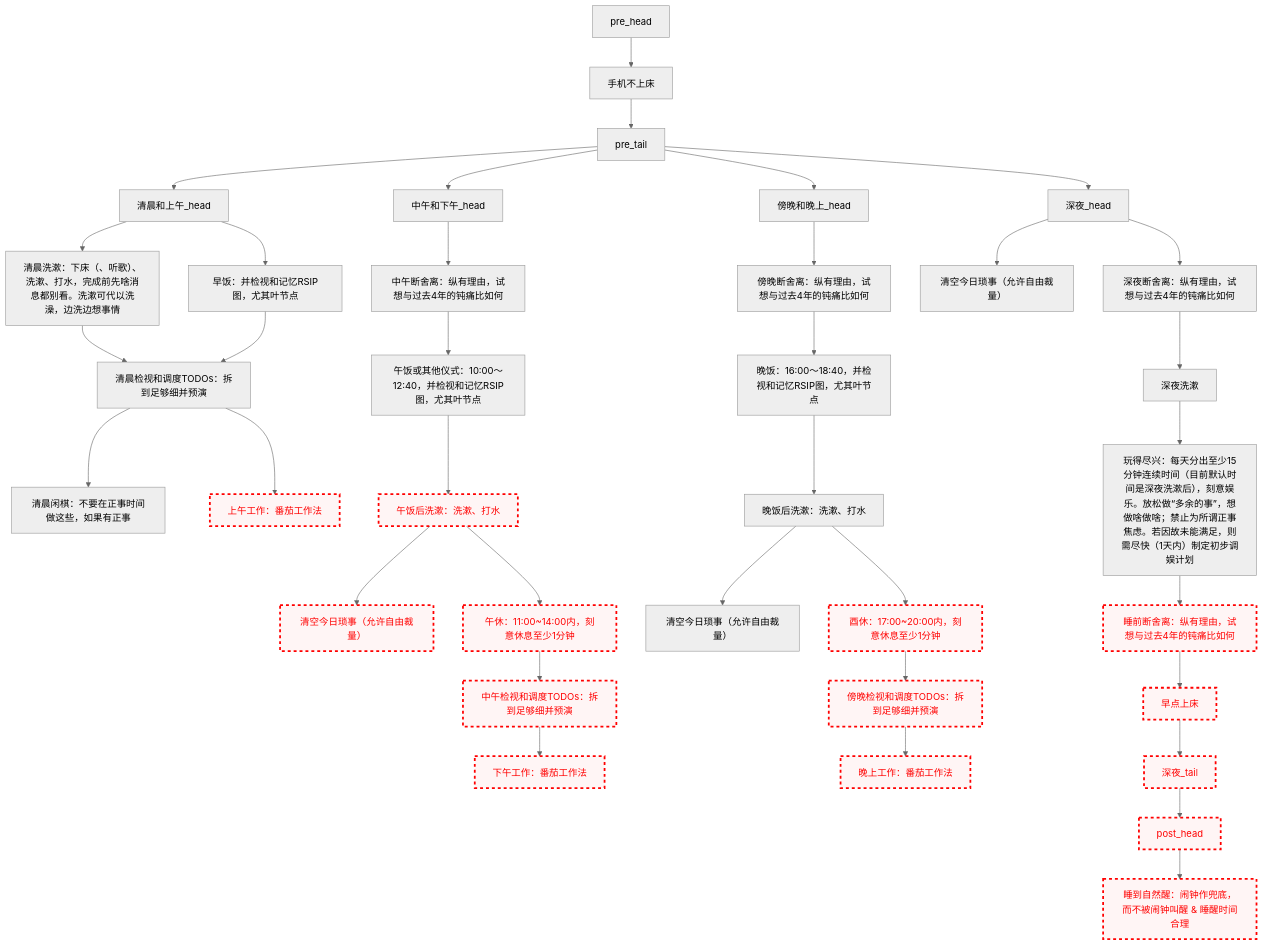
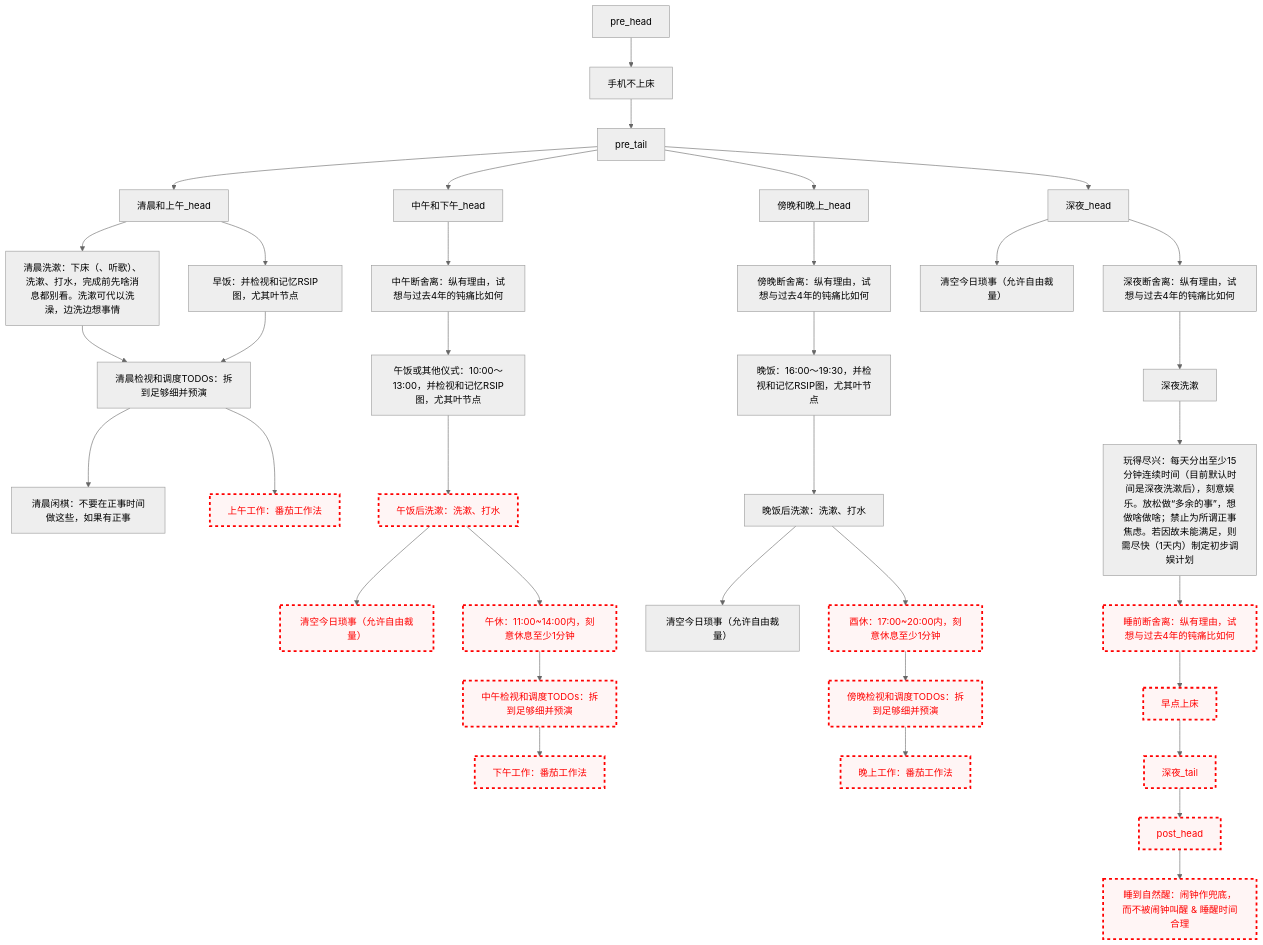
The diagram in README.md (Ethkuil/RSIP-tree), drawn with Mermaid (neutral theme) before and after one commit.

Commit message:
放宽饭点限制

````diff
--- a/README.md
+++ b/README.md
@@ -21,62 +21,62 @@
 ```mermaid
 graph TD
 
 classDef failed stroke:#ff0000, stroke-width:3px, color:#ff0000, fill:#fff5f5, stroke-dasharray: 5
 
 pre_head --> 手机不上床
 手机不上床 --> pre_tail
 
 
 pre_tail --> 清晨和上午_head
 清晨和上午_head --> 清晨洗漱[清晨洗漱：下床（、听歌）、洗漱、打水，完成前先啥消息都别看。洗漱可代以洗澡，边洗边想事情]
 清晨和上午_head --> 早饭[早饭：并检视和记忆RSIP图，尤其叶节点]
 清晨洗漱 --> 清晨看TODO[清晨检视和调度TODOs：拆到足够细并预演]
 早饭 --> 清晨看TODO
 清晨看TODO --> 清晨闲棋[清晨闲棋：不要在正事时间做这些，如果有正事]
 清晨看TODO --> 上午工作[上午工作：番茄工作法]
 class 上午工作 failed
 
 pre_tail --> 中午和下午_head
 中午和下午_head --> 中午断舍离[中午断舍离：纵有理由，试想与过去4年的钝痛比如何]
-中午断舍离 --> 午饭[午饭或其他仪式：10:00～12:40，并检视和记忆RSIP图，尤其叶节点]
+中午断舍离 --> 午饭[午饭或其他仪式：10:00～13:00，并检视和记忆RSIP图，尤其叶节点]
 午饭 --> 午饭后洗漱[午饭后洗漱：洗漱、打水]
 class 午饭后洗漱 failed
 午饭后洗漱 --> 中午今日琐事[清空今日琐事（允许自由裁量）]
 class 中午今日琐事 failed
 午饭后洗漱 --> 午休[午休：11:00~14:00内，刻意休息至少1分钟]
 class 午休 failed
 午休 --> 中午看TODO[中午检视和调度TODOs：拆到足够细并预演]
 class 中午看TODO failed
 中午看TODO --> 下午工作[下午工作：番茄工作法]
 class 下午工作 failed
 
 pre_tail --> 傍晚和晚上_head
 傍晚和晚上_head --> 傍晚断舍离[傍晚断舍离：纵有理由，试想与过去4年的钝痛比如何]
-傍晚断舍离 --> 晚饭[晚饭：16:00～18:40，并检视和记忆RSIP图，尤其叶节点]
+傍晚断舍离 --> 晚饭[晚饭：16:00～19:30，并检视和记忆RSIP图，尤其叶节点]
 晚饭 --> 晚饭后洗漱[晚饭后洗漱：洗漱、打水]
 晚饭后洗漱 --> 傍晚今日琐事[清空今日琐事（允许自由裁量）]
 晚饭后洗漱 --> 酉休[酉休：17:00~20:00内，刻意休息至少1分钟]
 class 酉休 failed
 酉休 --> 傍晚看TODO[傍晚检视和调度TODOs：拆到足够细并预演]
 class 傍晚看TODO failed
 傍晚看TODO --> 晚上工作[晚上工作：番茄工作法]
 class 晚上工作 failed
 
 pre_tail --> 深夜_head
 深夜_head --> 深夜今日琐事[清空今日琐事（允许自由裁量）]
 深夜_head --> 深夜断舍离[深夜断舍离：纵有理由，试想与过去4年的钝痛比如何]
 深夜断舍离 --> 深夜洗漱
 深夜洗漱 --> 玩得尽兴[玩得尽兴：每天分出至少15分钟连续时间（目前默认时间是深夜洗漱后），刻意娱乐。放松做“多余的事”，想做啥做啥；禁止为所谓正事焦虑。若因故未能满足，则需尽快（1天内）制定初步调娱计划]
 玩得尽兴 --> 睡前断舍离[睡前断舍离：纵有理由，试想与过去4年的钝痛比如何]
 class 睡前断舍离 failed
 睡前断舍离 --> 早点上床
 class 早点上床 failed
 早点上床 --> 深夜_tail
 class 深夜_tail failed
 
 
 深夜_tail --> post_head
 class post_head failed
 post_head --> 睡到自然醒[睡到自然醒：闹钟作兜底，而不被闹钟叫醒 & 睡醒时间合理]
 class 睡到自然醒 failed
 ```
````
